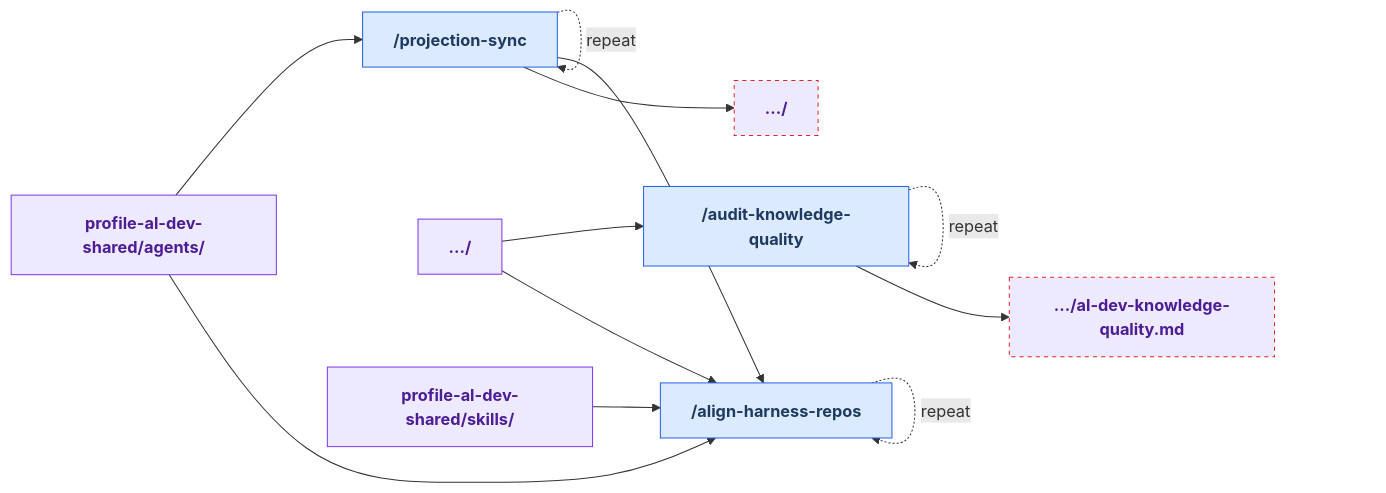
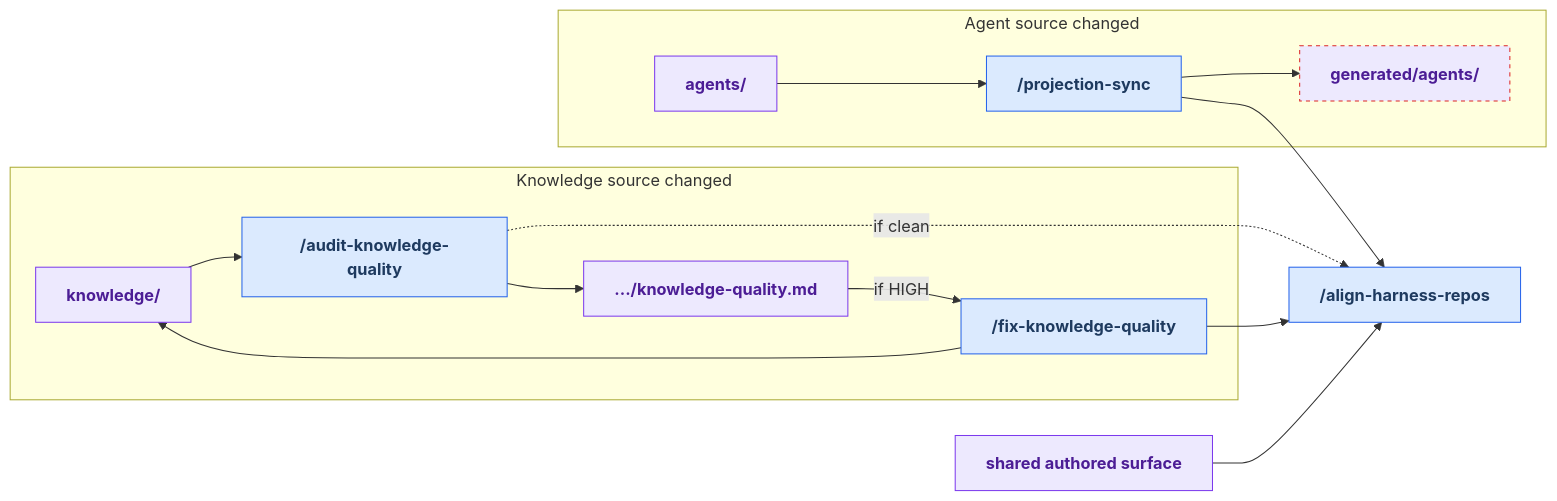
The fifth of 6 diagrams in docs/maintainer-tooling.md (russell-laing/al-dev-shared), drawn with Mermaid before and after one commit. The commit also changed other lines of this file, not shown here.

Commit message:
docs: align maintainer guide with focused diagrams

````diff
--- a/docs/maintainer-tooling.md
+++ b/docs/maintainer-tooling.md
@@ -326,38 +302,43 @@
 ```mermaid
 flowchart LR
     classDef userSkill fill:#dbeafe,stroke:#2563eb,color:#1e3a5f,font-weight:bold
     classDef internalSkill fill:#f3f4f6,stroke:#6b7280,color:#374151,stroke-dasharray:5 5,font-weight:bold
     classDef artifact fill:#ede9fe,stroke:#7c3aed,color:#4c1d95,font-weight:bold
     classDef orphanArtifact fill:#ede9fe,stroke:#dc2626,color:#4c1d95,stroke-dasharray:4 4,font-weight:bold
     classDef manualStep fill:#fef3c7,stroke:#d97706,color:#78350f,font-weight:bold
 
+    subgraph agent_lane["Agent source changed"]
+        art_agent_source["agents/"]
+        skill_projection_sync["/projection-sync"]
+        art_generated_agents["generated/agents/"]
+    end
+    subgraph knowledge_lane["Knowledge source changed"]
+        art_knowledge_source["knowledge/"]
+        skill_audit_knowledge_quality["/audit-knowledge-quality"]
+        art_knowledge_quality_report[".../knowledge-quality.md"]
+        skill_fix_knowledge_quality["/fix-knowledge-quality"]
+    end
+    art_shared_surface["shared authored surface"]
     skill_align_harness_repos["/align-harness-repos"]
-    skill_audit_knowledge_quality["/audit-knowledge-quality"]
-    skill_projection_sync["/projection-sync"]
-    art_docs_al_dev_knowledge_quality_md[".../al-dev-knowledge-quality.md"]
-    art_profile_al_dev_shared_agents_["profile-al-dev-shared/agents/"]
-    art_profile_al_dev_shared_generated_agents_[".../"]
-    art_profile_al_dev_shared_knowledge_[".../"]
-    art_profile_al_dev_shared_skills_["profile-al-dev-shared/skills/"]
 
-    art_profile_al_dev_shared_agents_ --> skill_align_harness_repos
-    art_profile_al_dev_shared_knowledge_ --> skill_align_harness_repos
-    art_profile_al_dev_shared_skills_ --> skill_align_harness_repos
-    skill_align_harness_repos -. "repeat" .-> skill_align_harness_repos
-    art_profile_al_dev_shared_knowledge_ --> skill_audit_knowledge_quality
-    skill_audit_knowledge_quality --> art_docs_al_dev_knowledge_quality_md
-    skill_audit_knowledge_quality -. "repeat" .-> skill_audit_knowledge_quality
-    art_profile_al_dev_shared_agents_ --> skill_projection_sync
-    skill_projection_sync --> art_profile_al_dev_shared_generated_agents_
+    art_agent_source --> skill_projection_sync
+    skill_projection_sync --> art_generated_agents
     skill_projection_sync --> skill_align_harness_repos
-    skill_projection_sync -. "repeat" .-> skill_projection_sync
+    art_knowledge_source --> skill_audit_knowledge_quality
+    skill_audit_knowledge_quality --> art_knowledge_quality_report
+    art_knowledge_quality_report -- "if HIGH" --> skill_fix_knowledge_quality
+    skill_audit_knowledge_quality -. "if clean" .-> skill_align_harness_repos
+    skill_fix_knowledge_quality --> art_knowledge_source
+    skill_fix_knowledge_quality --> skill_align_harness_repos
+    art_shared_surface --> skill_align_harness_repos
 
+    class skill_projection_sync userSkill
+    class skill_audit_knowledge_quality userSkill
+    class skill_fix_knowledge_quality userSkill
     class skill_align_harness_repos userSkill
-    class skill_audit_knowledge_quality userSkill
-    class skill_projection_sync userSkill
-    class art_docs_al_dev_knowledge_quality_md orphanArtifact
-    class art_profile_al_dev_shared_agents_ artifact
-    class art_profile_al_dev_shared_generated_agents_ orphanArtifact
-    class art_profile_al_dev_shared_knowledge_ artifact
-    class art_profile_al_dev_shared_skills_ artifact
+    class art_agent_source artifact
+    class art_generated_agents orphanArtifact
+    class art_knowledge_source artifact
+    class art_knowledge_quality_report artifact
+    class art_shared_surface artifact
 ```
````
